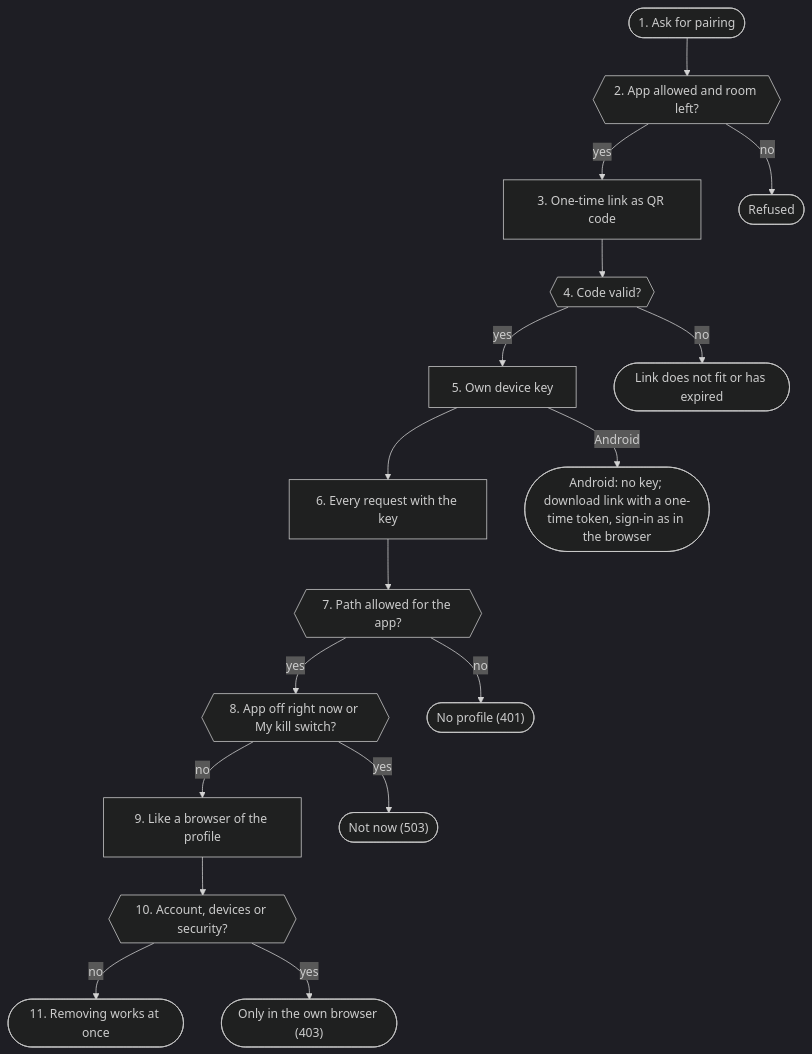
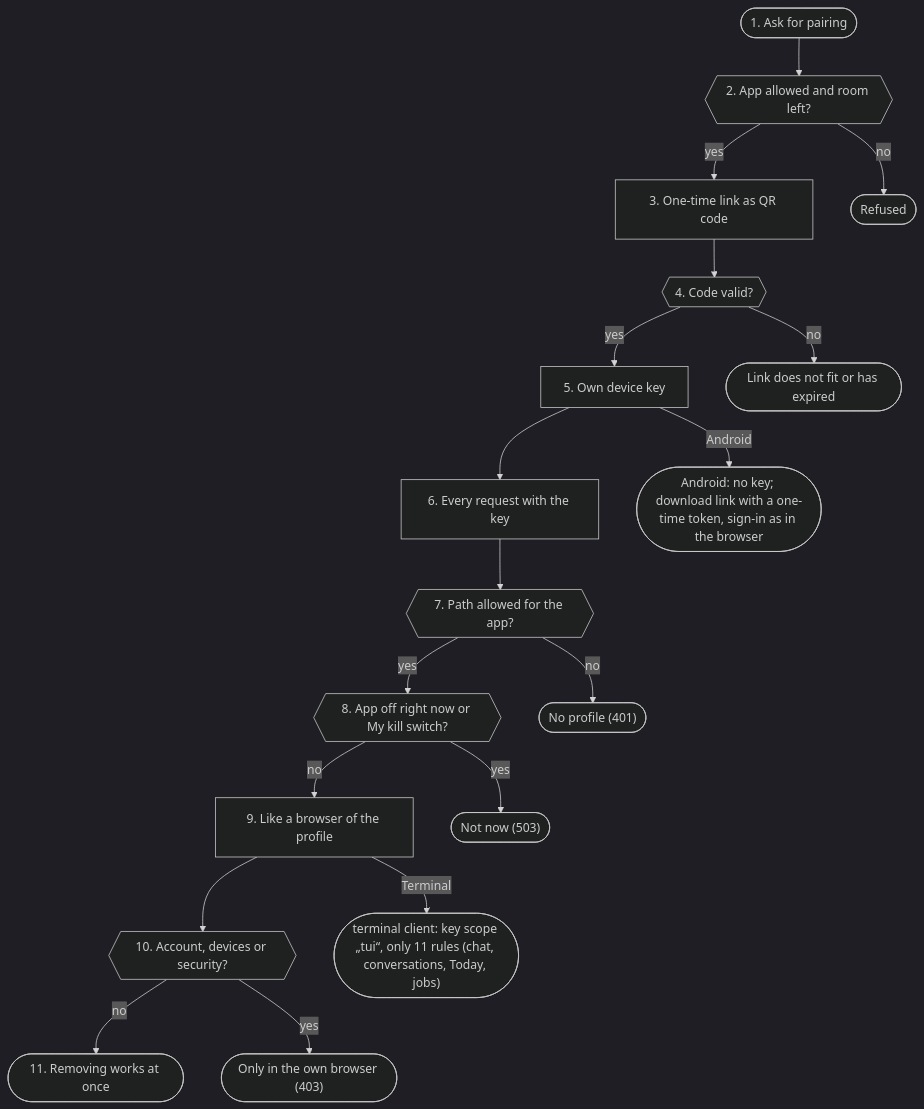
The third of 26 diagrams in docs/en/architecture.md (db9979/speech-on-dgx-spark), drawn with Mermaid (dark theme) before and after one commit. The commit also changed other lines of this file and 39 other files, not shown here.

First line of the commit message:
V01.0.646 Terminal-Client spark-tui (neu, aus): Chat, Gespräche, Heute und Aufträge im Terminal

````diff
--- a/docs/en/architecture.md
+++ b/docs/en/architecture.md
@@ -705,36 +706,38 @@
 ```mermaid
 flowchart TD
   s1(["1. Ask for pairing"])
   s2{{"2. App allowed and room left?"}}
   s3["3. One-time link as QR code"]
   s4{{"4. Code valid?"}}
   s5["5. Own device key"]
   s6["6. Every request with the key"]
   s7{{"7. Path allowed for the app?"}}
   s8{{"8. App off right now or My kill switch?"}}
   s9["9. Like a browser of the profile"]
   s10{{"10. Account, devices or security?"}}
   s11(["11. Removing works at once"])
   s1 --> s2
   s2 -->|yes| s3
   s3 --> s4
   s4 -->|yes| s5
   s5 --> s6
   s6 --> s7
   s7 -->|yes| s8
   s8 -->|no| s9
   s9 --> s10
   s10 -->|no| s11
   s2x(["Refused"])
   s2 -->|no| s2x
   s4x(["Link does not fit or has expired"])
   s4 -->|no| s4x
   s5x(["Android: no key; download link with a one-time token, sign-in as in the browser"])
   s5 -->|Android| s5x
   s7x(["No profile (401)"])
   s7 -->|no| s7x
   s8x(["Not now (503)"])
   s8 -->|yes| s8x
+  s9x(["terminal client: key scope „tui“, only 11 rules (chat, conversations, Today, jobs)"])
+  s9 -->|Terminal| s9x
   s10x(["Only in the own browser (403)"])
   s10 -->|yes| s10x
 ```
````
